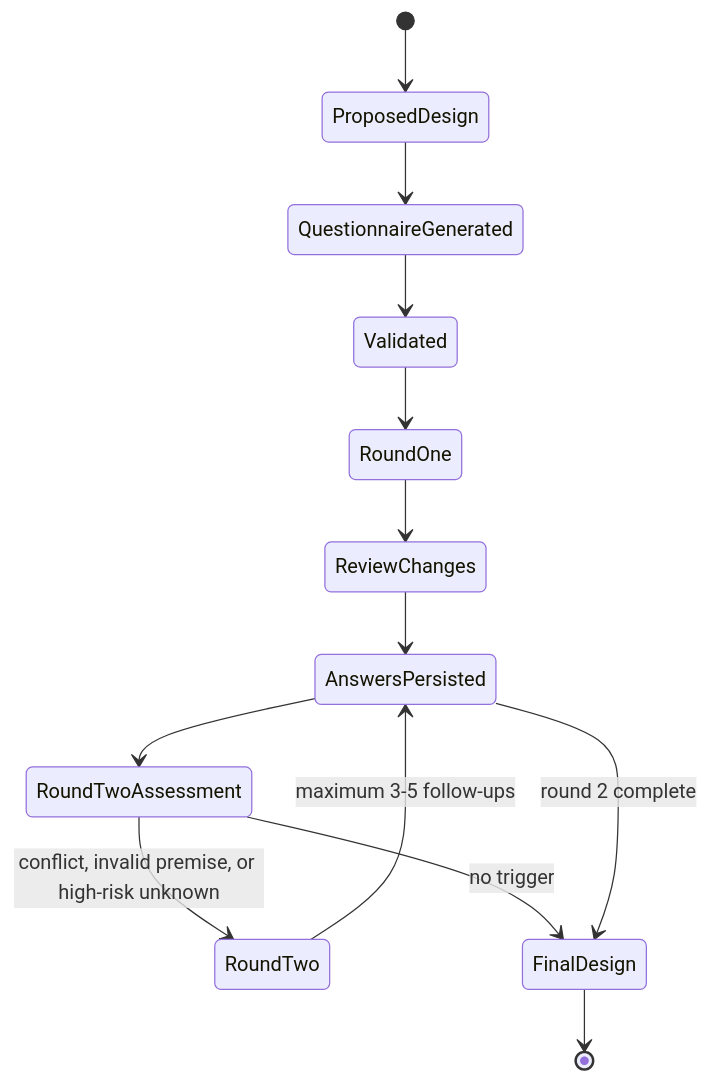
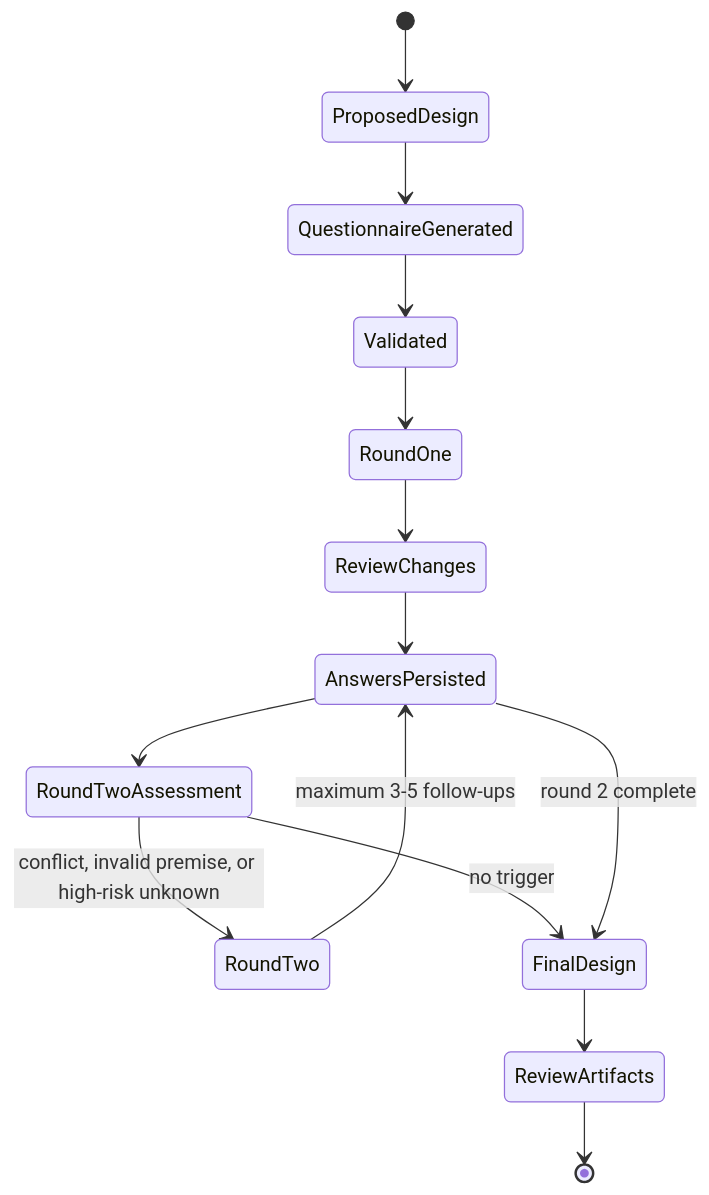
The diagram in DESIGN.md (rutonggaoya/QuickerGrillMe), drawn with Mermaid before and after one commit. The commit also changed other lines of this file and 15 other files, not shown here.

````diff
--- a/DESIGN.md
+++ b/DESIGN.md
@@ -26,15 +26,16 @@
 ```mermaid
 stateDiagram-v2
     [*] --> ProposedDesign
     ProposedDesign --> QuestionnaireGenerated
     QuestionnaireGenerated --> Validated
     Validated --> RoundOne
     RoundOne --> ReviewChanges
     ReviewChanges --> AnswersPersisted
     AnswersPersisted --> RoundTwoAssessment
     RoundTwoAssessment --> RoundTwo: conflict, invalid premise, or high-risk unknown
     RoundTwoAssessment --> FinalDesign: no trigger
     RoundTwo --> AnswersPersisted: maximum 3-5 follow-ups
     AnswersPersisted --> FinalDesign: round 2 complete
-    FinalDesign --> [*]
+    FinalDesign --> ReviewArtifacts
+    ReviewArtifacts --> [*]
 ```
````
